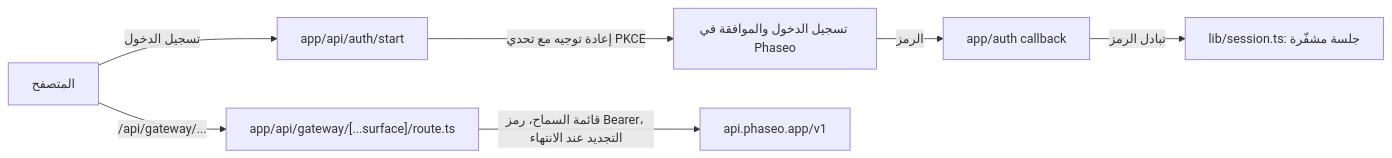
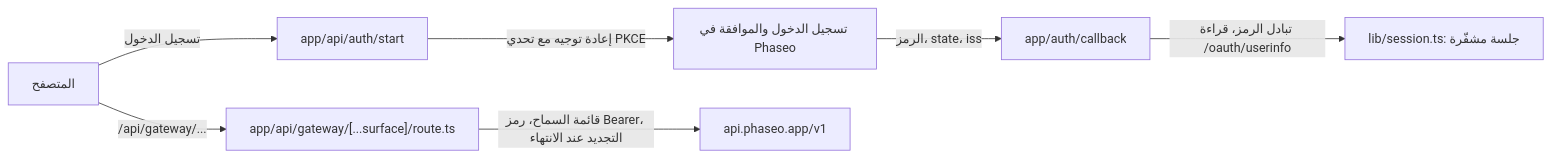
Before and after one commit to phaseoteam/Phaseo: the diagram in apps/docs/ar/v1/cookbook/build-an-oauth-nextjs-workbench.mdx, drawn with Mermaid. The commit also changed other lines of this file and 9 other files, not shown here.

````diff
--- a/apps/docs/ar/v1/cookbook/build-an-oauth-nextjs-workbench.mdx
+++ b/apps/docs/ar/v1/cookbook/build-an-oauth-nextjs-workbench.mdx
@@ -45,9 +45,9 @@
 ```mermaid
 flowchart LR
   browser["المتصفح"] -->|"تسجيل الدخول"| start["app/api/auth/start"]
   start -->|"إعادة توجيه مع تحدي PKCE"| authz["تسجيل الدخول والموافقة في Phaseo"]
-  authz -->|"الرمز"| cb["app/auth callback"]
-  cb -->|"تبادل الرمز"| sess["lib/session.ts: جلسة مشفّرة"]
+  authz -->|"الرمز، state، iss"| cb["app/auth/callback"]
+  cb -->|"تبادل الرمز، قراءة /oauth/userinfo"| sess["lib/session.ts: جلسة مشفّرة"]
   browser -->|"/api/gateway/..."| proxy["app/api/gateway/[...surface]/route.ts"]
   proxy -->|"قائمة السماح، رمز Bearer، التجديد عند الانتهاء"| gw["api.phaseo.app/v1"]
 ```
````
